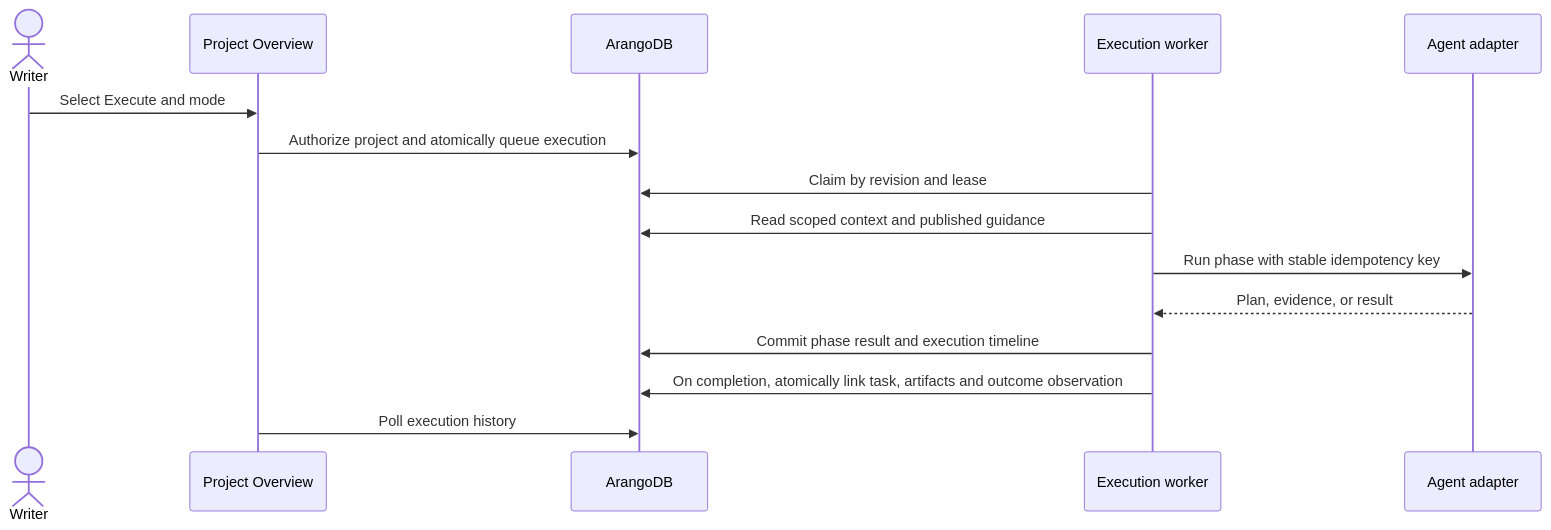
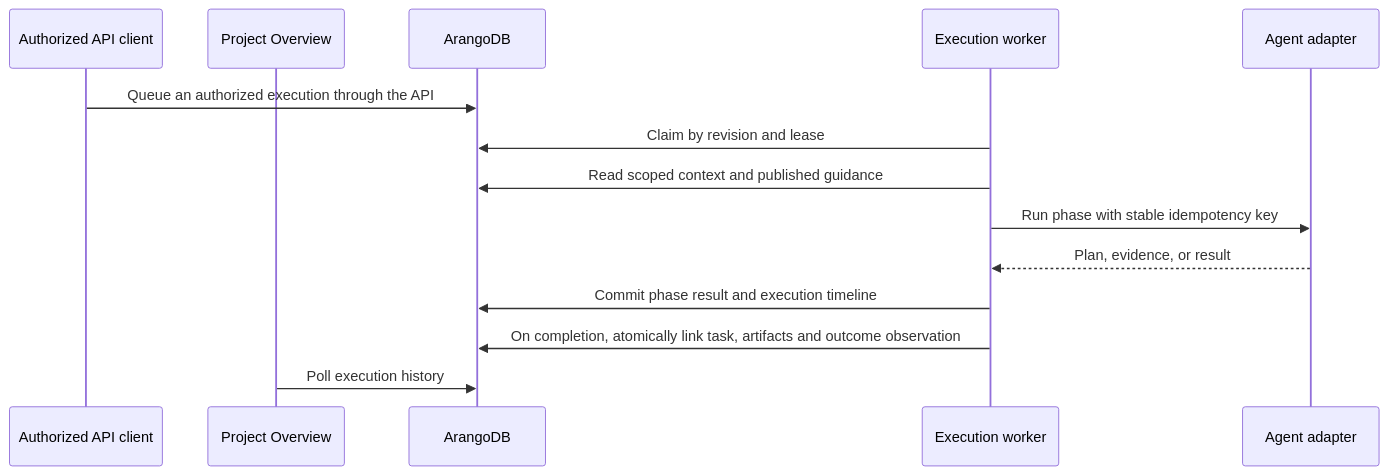
One commit to naviger/MemoryGraphMCP changed the diagram in docs/recoverable-capture-and-task-execution.md. Above: the diagram before and after it, drawn with Mermaid. The commit also changed other lines of this file and 12 other files, not shown here.

````diff
--- a/docs/recoverable-capture-and-task-execution.md
+++ b/docs/recoverable-capture-and-task-execution.md
@@ -32,17 +34,16 @@
 ```mermaid
 sequenceDiagram
-    actor Writer
+    participant Caller as Authorized API client
     participant UI as Project Overview
     participant DB as ArangoDB
     participant Worker as Execution worker
     participant Agent as Agent adapter
-    Writer->>UI: Select Execute and mode
-    UI->>DB: Authorize project and atomically queue execution
+    Caller->>DB: Queue an authorized execution through the API
     Worker->>DB: Claim by revision and lease
     Worker->>DB: Read scoped context and published guidance
     Worker->>Agent: Run phase with stable idempotency key
     Agent-->>Worker: Plan, evidence, or result
     Worker->>DB: Commit phase result and execution timeline
     Worker->>DB: On completion, atomically link task, artifacts and outcome observation
     UI->>DB: Poll execution history
 ```
````
